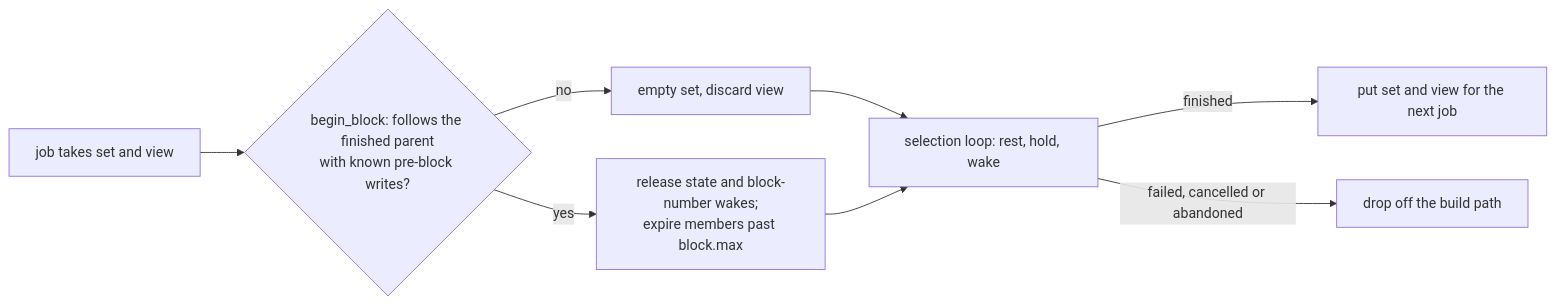
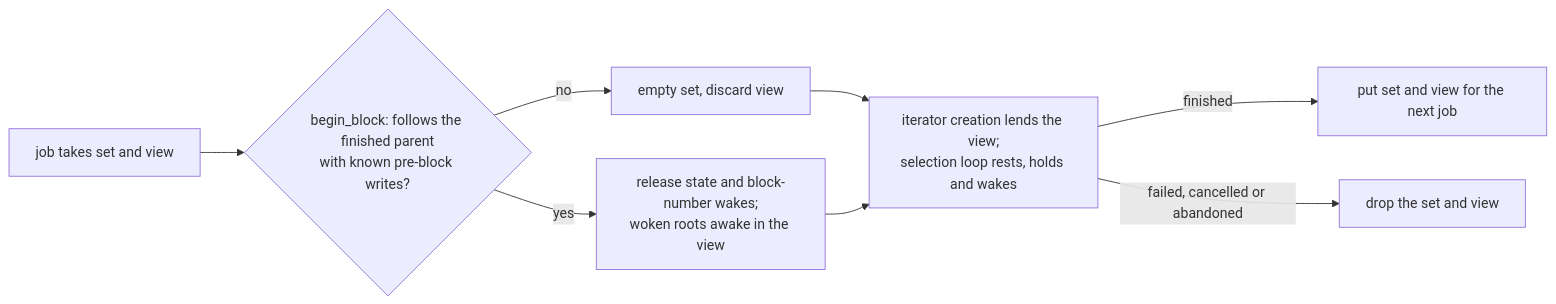
Before and after one commit to base/base: the diagram in crates/execution/payload/README.md, drawn with Mermaid. The commit also changed other lines of this file and 12 other files, not shown here.

Commit message:
perf(txpool): retain a job-owned selection view for resting roots

````diff
--- a/crates/execution/payload/README.md
+++ b/crates/execution/payload/README.md
@@ -38,10 +37,10 @@
 ```mermaid
 flowchart LR
     Take["job takes set and view"] --> Begin{"begin_block: follows the finished parent<br/>with known pre-block writes?"}
     Begin -- no --> Reset["empty set, discard view"]
-    Begin -- yes --> Release["release state and block-number wakes;<br/>expire members past block.max"]
-    Reset --> Build["selection loop: rest, hold, wake"]
+    Begin -- yes --> Release["release state and block-number wakes;<br/>woken roots awake in the view"]
+    Reset --> Build["iterator creation lends the view;<br/>selection loop rests, holds and wakes"]
     Release --> Build
     Build -- finished --> Put["put set and view for the next job"]
-    Build -- failed, cancelled or abandoned --> Drop["drop off the build path"]
+    Build -- failed, cancelled or abandoned --> Drop["drop the set and view"]
 ```
````
